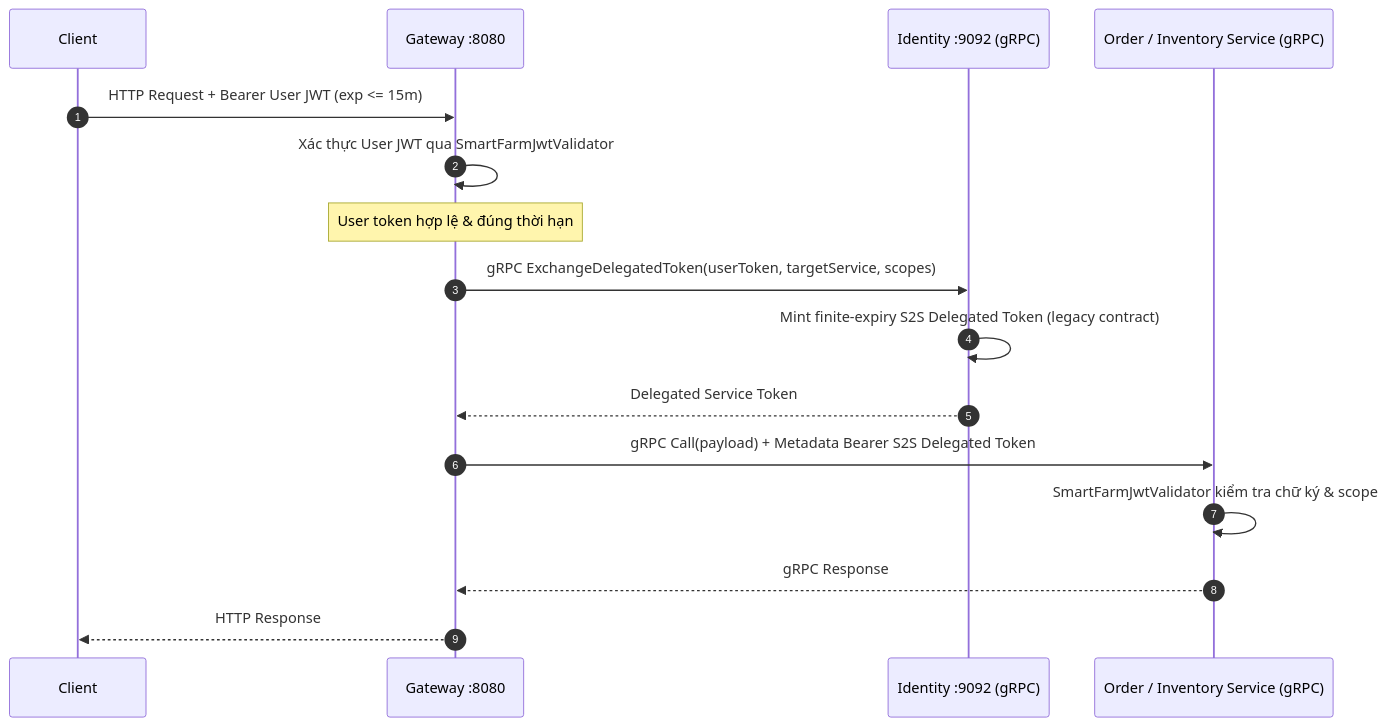
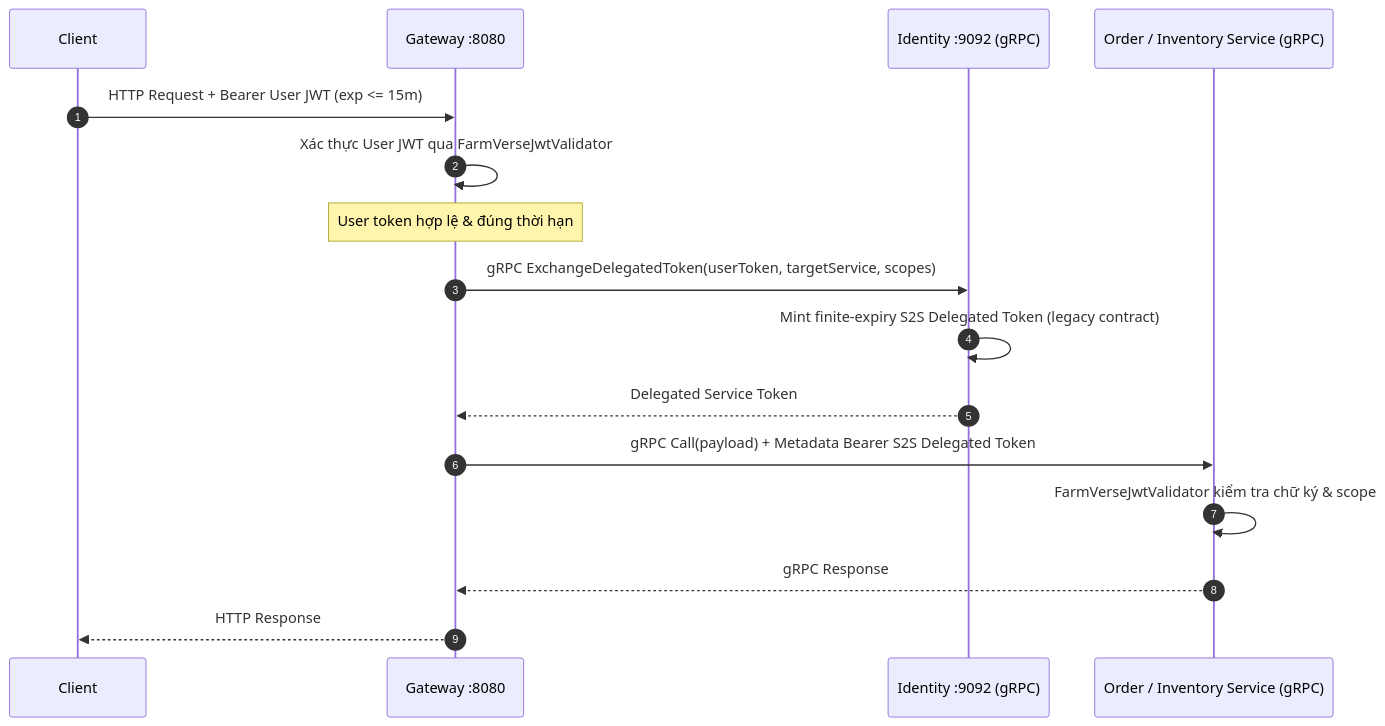
Before and after one commit to hatrongvu13/smartfarm-platform-maven-starter: the second of 5 diagrams in docs/architecture/request-flows.md, drawn with Mermaid. The commit also changed other lines of this file and 1490 other files, not shown here.

First line of the commit message:
chore: FarmVerse level 0 - rename and prune

````diff
--- a/docs/architecture/request-flows.md
+++ b/docs/architecture/request-flows.md
@@ -42,21 +42,21 @@
 ```mermaid
 sequenceDiagram
   autonumber
   participant C as Client
   participant GW as Gateway :8080
   participant ID as Identity :9092 (gRPC)
   participant SVC as Order / Inventory Service (gRPC)
 
   C->>GW: HTTP Request + Bearer User JWT (exp <= 15m)
-  GW->>GW: Xác thực User JWT qua SmartFarmJwtValidator
+  GW->>GW: Xác thực User JWT qua FarmVerseJwtValidator
   Note over GW: User token hợp lệ & đúng thời hạn
 
   GW->>ID: gRPC ExchangeDelegatedToken(userToken, targetService, scopes)
   ID->>ID: Mint finite-expiry S2S Delegated Token (legacy contract)
   ID-->>GW: Delegated Service Token
 
   GW->>SVC: gRPC Call(payload) + Metadata Bearer S2S Delegated Token
-  SVC->>SVC: SmartFarmJwtValidator kiểm tra chữ ký & scope
+  SVC->>SVC: FarmVerseJwtValidator kiểm tra chữ ký & scope
   SVC-->>GW: gRPC Response
   GW-->>C: HTTP Response
 ```
````
